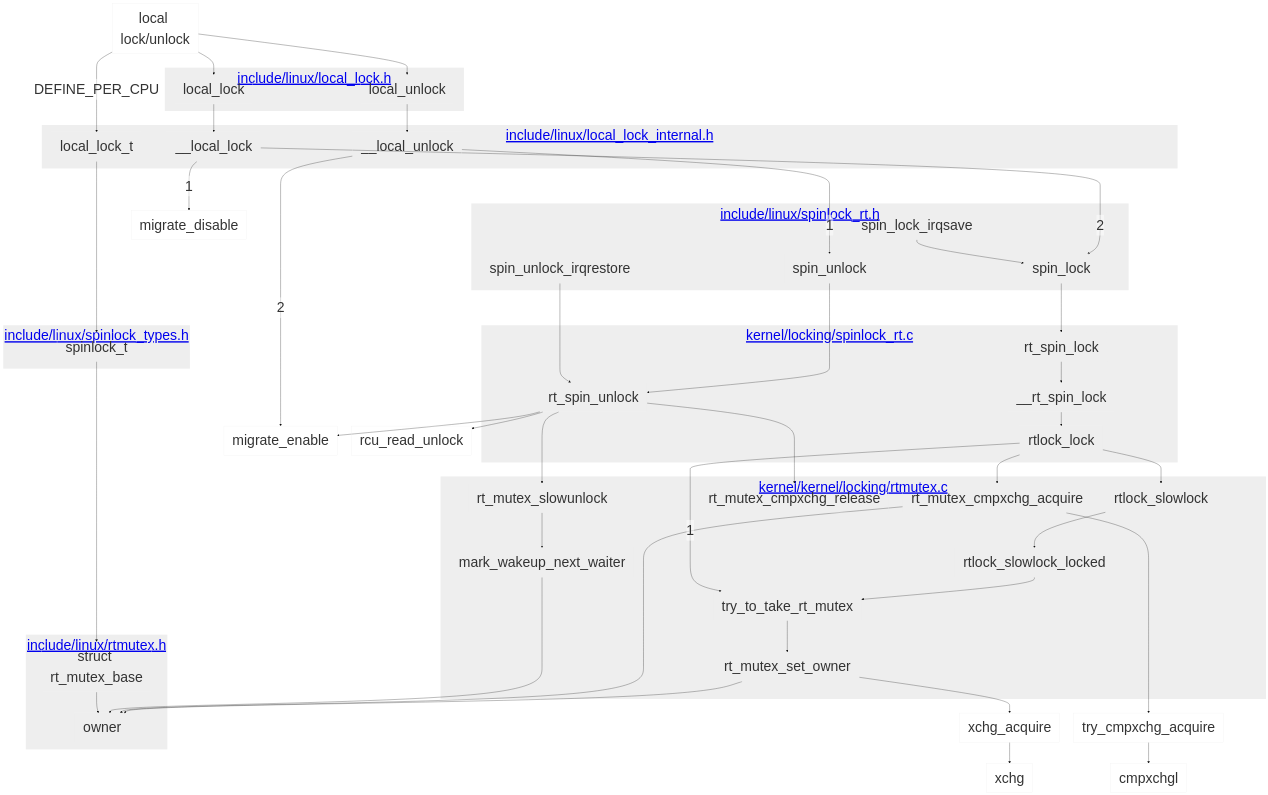
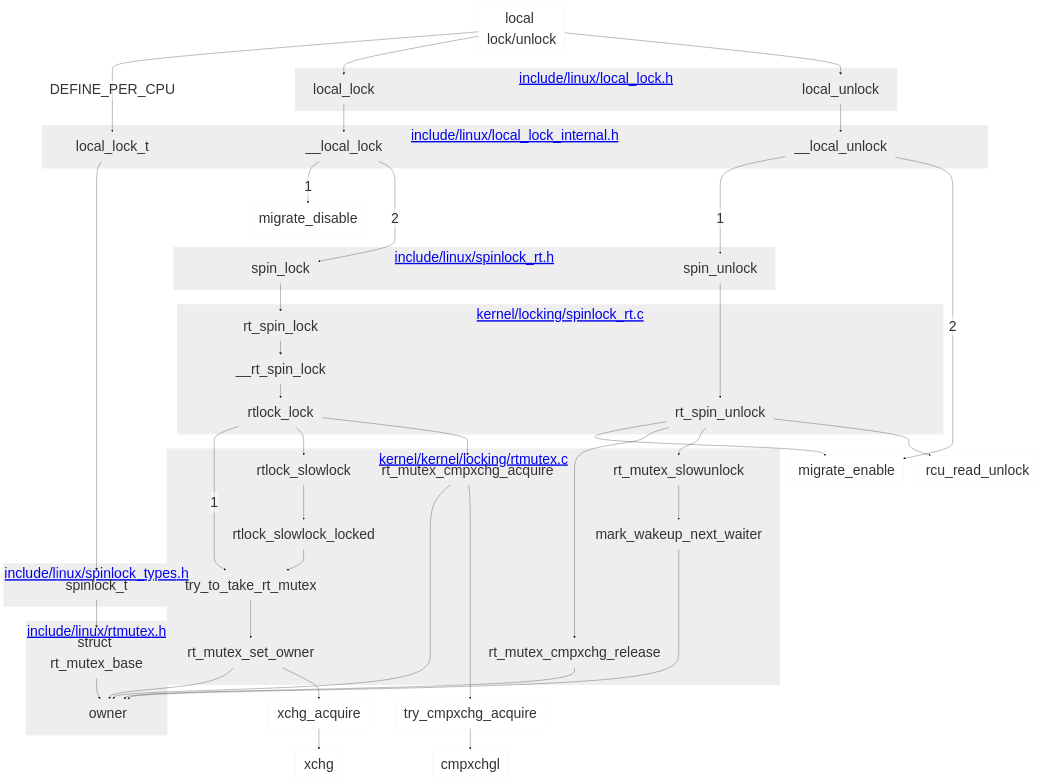
Before and after one commit to makelinux/linux_kernel_map: the second of 2 diagrams in rt-locks.md, drawn with Mermaid.

Commit message:
Update rt-locks.md
balance

````diff
--- a/rt-locks.md
+++ b/rt-locks.md
@@ -59,67 +59,69 @@
 ```mermaid
 %%{
 	init: {
 		'theme': 'base',
 		'themeVariables': {
         		'primaryColor': '#fff0',
         		'primaryBorderColor': '#eeef',
 			'clusterBkg': '#eeef',
 			'fontSize':'50px'
 		}
 	}
 }%%
 graph TB
 local["local lock/unlock"] -->|DEFINE_PER_CPU| local_lock_t
 local --> local_lock & local_unlock
 local_lock_t ----> spinlock_t
 subgraph "<a href=https://elixir.bootlin.com/linux/latest/source/include/linux/rtmutex.h>include/linux/rtmutex.h</a>"
 rt_mutex_base["struct rt_mutex_base"] --> owner
 end
 
 subgraph "<a href=https://elixir.bootlin.com/linux/latest/source/include/linux/spinlock_types.h>include/linux/spinlock_types.h</a>"
 spinlock_t --> rt_mutex_base
 end
 
 subgraph "<a href=https://elixir.bootlin.com/linux/latest/source/include/linux/local_lock.h>include/linux/local_lock.h</a>"
 local_lock
 local_unlock
 end
 subgraph "<a href=https://elixir.bootlin.com/linux/latest/source/include/linux/local_lock_internal.h>include/linux/local_lock_internal.h</a>"
 local_lock_t
 __local_lock
 __local_unlock
 end
 subgraph "<a href=https://elixir.bootlin.com/linux/latest/source/include/linux/spinlock_rt.h>include/linux/spinlock_rt.h</a>"
-spin_lock_irqsave --> spin_lock
+%% spin_lock_irqsave --> spin_lock
+spin_lock
 spin_unlock
-spin_unlock_irqrestore
+%% spin_unlock_irqrestore
 end
 subgraph "<a href=https://elixir.bootlin.com/linux/latest/source/kernel/locking/spinlock_rt.c>kernel/locking/spinlock_rt.c</a>"
 rt_spin_lock --> __rt_spin_lock --> rtlock_lock
-spin_unlock_irqrestore --> rt_spin_unlock
+%% spin_unlock_irqrestore --> rt_spin_unlock
+rt_spin_unlock
 end
 local_lock --> __local_lock -->|1| migrate_disable
 __local_lock --->|2| spin_lock --> rt_spin_lock
 rtlock_lock -->|1| try_to_take_rt_mutex
 
 subgraph "<a href=https://elixir.bootlin.com/linux/latest/source/kernel/kernel/locking/rtmutex.c>kernel/kernel/locking/rtmutex.c</a>"
 rtlock_lock --> rtlock_slowlock --> rtlock_slowlock_locked
 --> try_to_take_rt_mutex --> rt_mutex_set_owner
 rtlock_lock --> rt_mutex_cmpxchg_acquire
 rt_mutex_cmpxchg_release
 rt_mutex_slowunlock --> mark_wakeup_next_waiter --> owner
 end
 rt_mutex_cmpxchg_acquire --> owner
 rt_mutex_cmpxchg_acquire -----> try_cmpxchg_acquire --> cmpxchgl
 
 rt_mutex_set_owner --> owner
 rt_mutex_set_owner --> xchg_acquire -->xchg
 
 local_unlock --> __local_unlock --->|1| spin_unlock
 __local_unlock -->|2| migrate_enable
 spin_unlock ---> rt_spin_unlock
 --> migrate_enable & rt_mutex_cmpxchg_release & rt_mutex_slowunlock
-
+rt_mutex_cmpxchg_release --> owner
 rt_spin_unlock --> rcu_read_unlock
-
+local_lock_t ~~~ spin_lock
 ```
````
